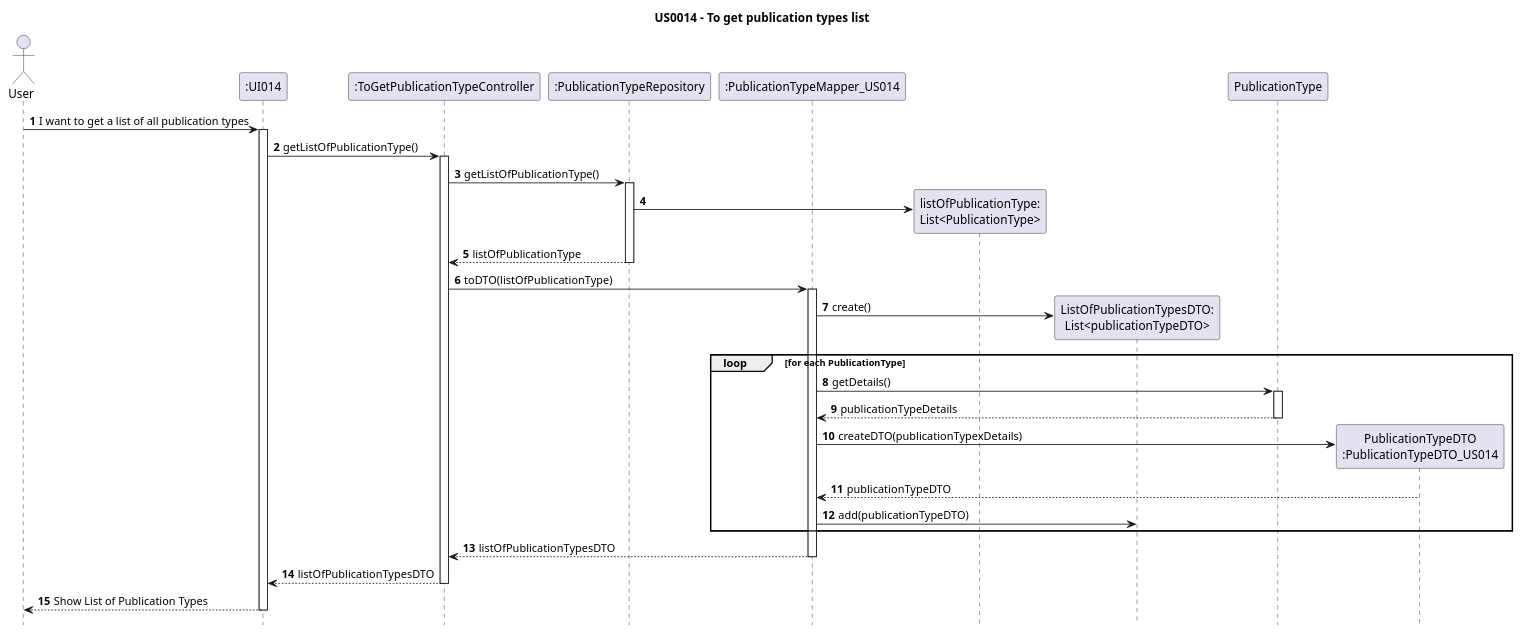
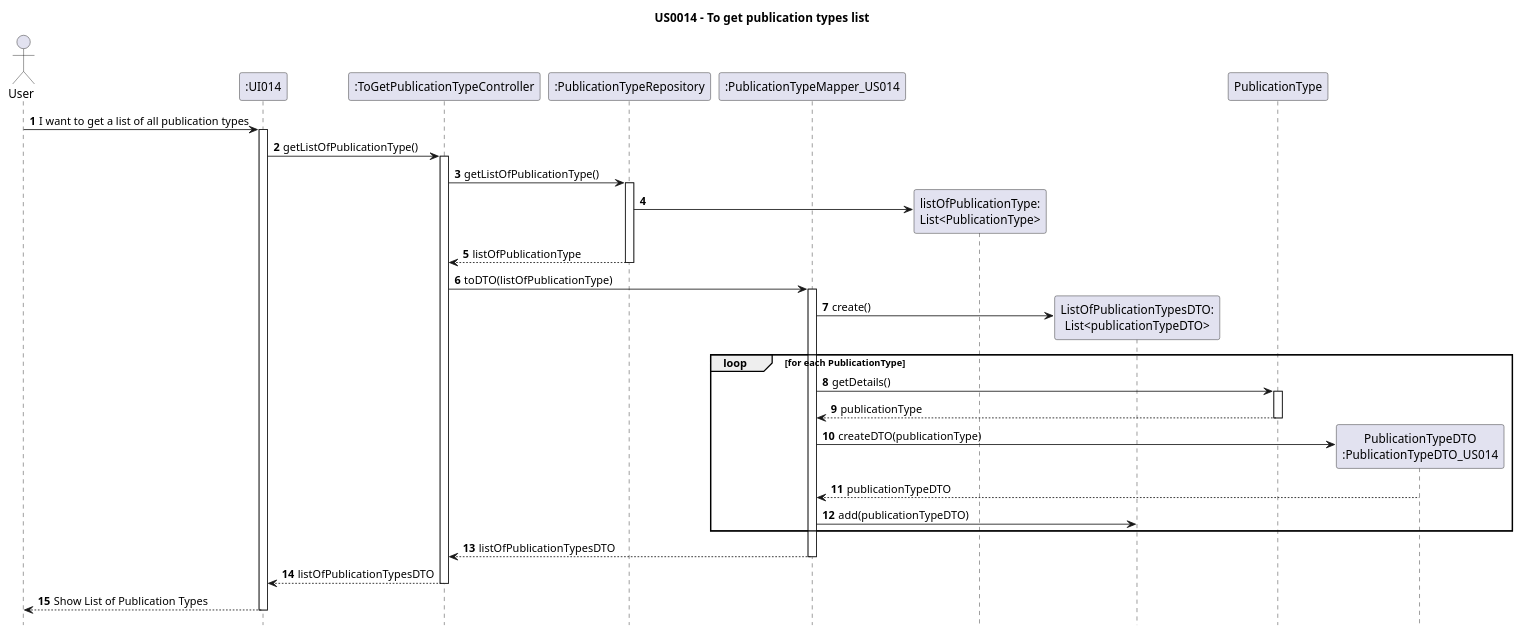
One commit to AndrePereiraGitH/SWitCH-Project-Team_A changed the diagram in Diagrams/SequenceDiagrams/N2/US014-to-get-publication-type-list.puml. Above: the diagram before and after it, drawn with PlantUML. The commit also changed 2 other files, not shown here.

```diff
--- a/Diagrams/SequenceDiagrams/N2/US014-to-get-publication-type-list.puml
+++ b/Diagrams/SequenceDiagrams/N2/US014-to-get-publication-type-list.puml
@@ -1,52 +1,52 @@
 @startuml
 autonumber
 hide footbox
 title US0014 - To get publication types list
 
 actor User
 participant ":UI014" as UI
 participant ":ToGetPublicationTypeController" as C
 participant ":PublicationTypeRepository" as PTR
 participant ":PublicationTypeMapper_US014" as PTM
 
 User -> UI : I want to get a list of all publication types
 activate UI
 
 UI -> C : getListOfPublicationType()
 activate C
 
 C -> PTR : getListOfPublicationType()
 activate PTR
 create "listOfPublicationType:\nList<PublicationType>" as LOPT
 PTR -> LOPT
 
 PTR --> C : listOfPublicationType
 deactivate PTR
 
 C -> PTM : toDTO(listOfPublicationType)
 activate PTM
 
 create "ListOfPublicationTypesDTO:\nList<publicationTypeDTO>" as listDTO
 PTM -> listDTO : create()
     loop for each PublicationType
         PTM -> "PublicationType" : getDetails()
         activate PublicationType
-        PublicationType --> PTM : publicationTypeDetails
+        PublicationType --> PTM : publicationType
         deactivate PublicationType
         create "PublicationTypeDTO\n:PublicationTypeDTO_US014" as PTDTO
-        PTM -> PTDTO : createDTO(publicationTypexDetails)
+        PTM -> PTDTO : createDTO(publicationType)
         PTDTO --> PTM : publicationTypeDTO
         PTM -> listDTO : add(publicationTypeDTO)
     end
 
 PTM --> C :listOfPublicationTypesDTO
 deactivate PTM
 
 C --> UI : listOfPublicationTypesDTO
 deactivate C
 
 UI --> User : Show List of Publication Types
 deactivate UI
 
 
 @enduml
```
